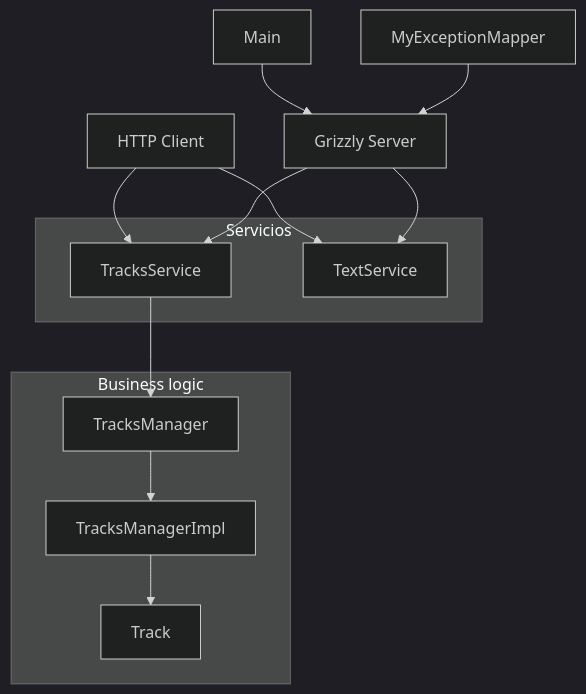
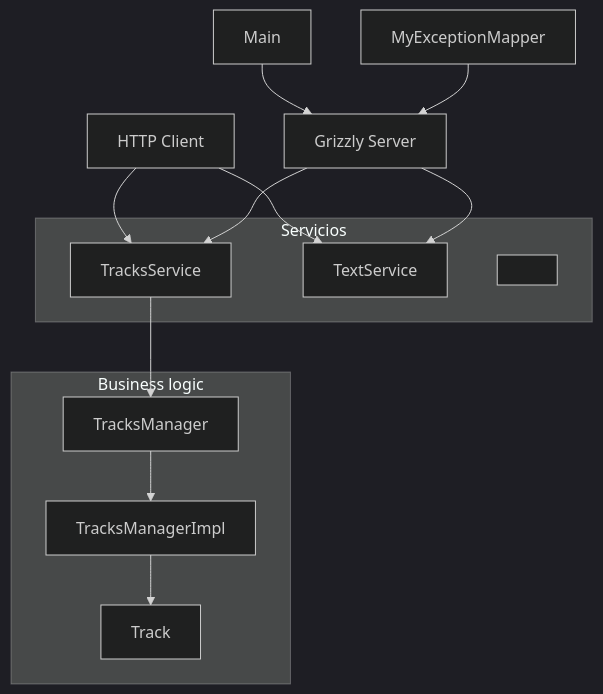
Before and after one commit to EETAC-ENTEL-DSA/rest-example: the second of 2 diagrams in README.md, drawn with Mermaid (dark theme).

Commit message:
Improvements to the diagram

````diff
--- a/README.md
+++ b/README.md
@@ -19,22 +19,23 @@
 ```mermaid
 graph TD
     subgraph Servicios
         B[TracksService]
         C[TextService]
+        Dummy[ ]
     end
     subgraph Business logic
         B
         I[TracksManager]
         D[TracksManagerImpl]
         E[Track]
     end
     A[HTTP Client] --> B
     A --> C
     B --> I
     I --> D
     D --> E
     F[Main] --> G[Grizzly Server]
     G --> B
     G --> C
     H[MyExceptionMapper] --> G
 ```
````
